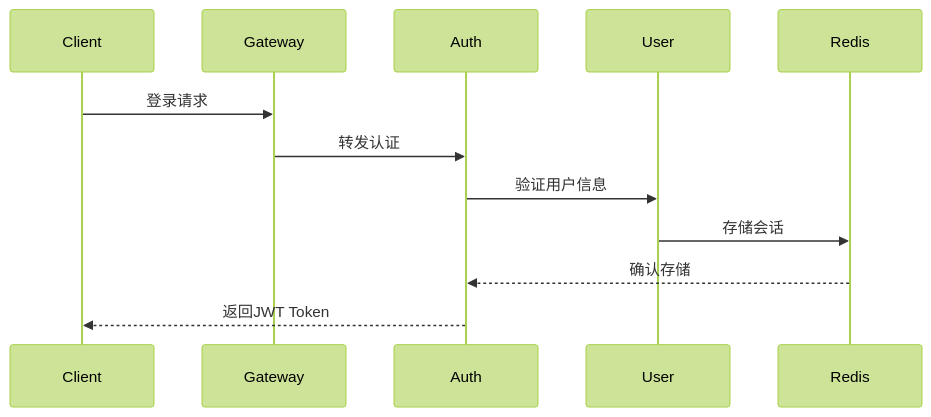
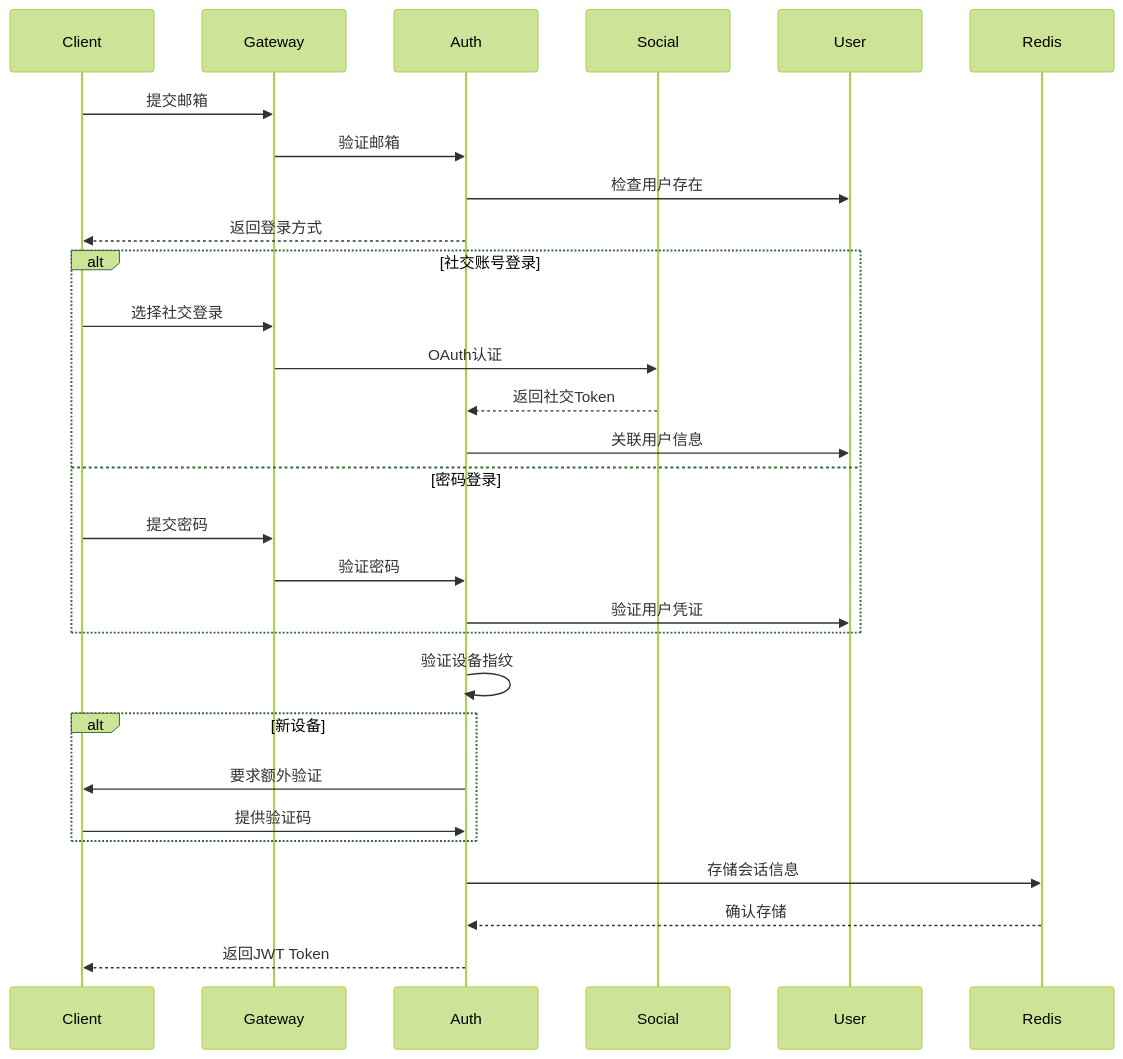
The diagram in document/02.design/Login System PRD.md (jamesdx/dove), drawn with Mermaid (forest theme) before and after one commit. The commit also changed other lines of this file and 75 other files, not shown here.

Commit message:
feat(auth): implement user registration - Add registration DTO, service, mapper and controllers with multi-tenant, i18n and security features

````diff
--- a/document/02.design/Login System PRD.md
+++ b/document/02.design/Login System PRD.md
@@ -248,15 +248,38 @@
 ```mermaid
 sequenceDiagram
     participant Client
     participant Gateway
     participant Auth
+    participant Social
     participant User
     participant Redis
     
-    Client->>Gateway: 登录请求
-    Gateway->>Auth: 转发认证
-    Auth->>User: 验证用户信息
-    User->>Redis: 存储会话
+    %% 步骤1：邮箱验证
+    Client->>Gateway: 提交邮箱
+    Gateway->>Auth: 验证邮箱
+    Auth->>User: 检查用户存在
+    Auth-->>Client: 返回登录方式
+    
+    alt 社交账号登录
+        Client->>Gateway: 选择社交登录
+        Gateway->>Social: OAuth认证
+        Social-->>Auth: 返回社交Token
+        Auth->>User: 关联用户信息
+    else 密码登录
+        Client->>Gateway: 提交密码
+        Gateway->>Auth: 验证密码
+        Auth->>User: 验证用户凭证
+    end
+    
+    %% 设备验证
+    Auth->>Auth: 验证设备指纹
+    alt 新设备
+        Auth->>Client: 要求额外验证
+        Client->>Auth: 提供验证码
+    end
+    
+    %% 会话管理
+    Auth->>Redis: 存储会话信息
     Redis-->>Auth: 确认存储
     Auth-->>Client: 返回JWT Token
 ```
````
